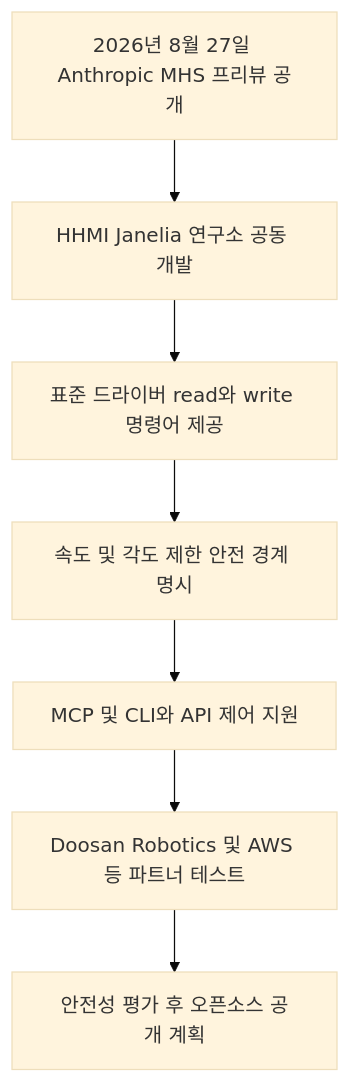
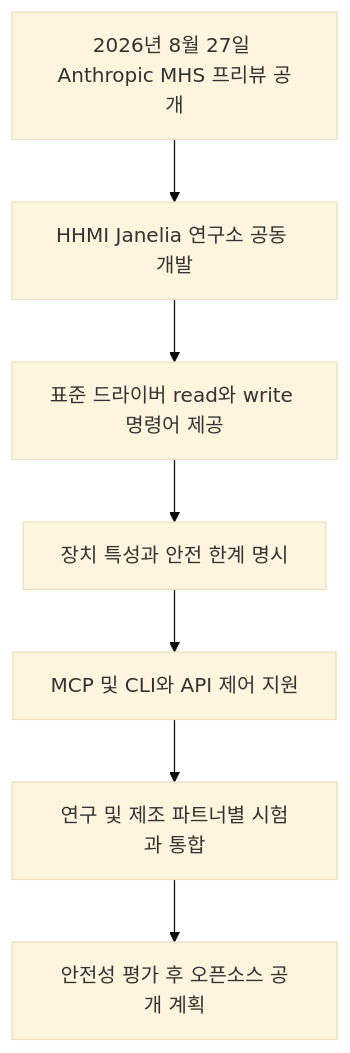
One commit to jjxxmiin/jjxxmiin.github.io changed the diagram in _posts/2026-08-29-anthropic-previews-model-hardware-standard-for-physical-ai-and-robotics-integration.md. Above: the diagram before and after it, drawn with Mermaid (base theme). The commit also changed other lines of this file and 2 other files, not shown here.

````diff
--- a/_posts/2026-08-29-anthropic-previews-model-hardware-standard-for-physical-ai-and-robotics-integration.md
+++ b/_posts/2026-08-29-anthropic-previews-model-hardware-standard-for-physical-ai-and-robotics-integration.md
@@ -59,9 +59,9 @@
 ```mermaid
 flowchart TD
     A[2026년 8월 27일 Anthropic MHS 프리뷰 공개] --> B[HHMI Janelia 연구소 공동 개발]
     B --> C[표준 드라이버 read와 write 명령어 제공]
-    C --> D[속도 및 각도 제한 안전 경계 명시]
+    C --> D[장치 특성과 안전 한계 명시]
     D --> E[MCP 및 CLI와 API 제어 지원]
-    E --> F[Doosan Robotics 및 AWS 등 파트너 테스트]
+    E --> F[연구 및 제조 파트너별 시험과 통합]
     F --> G[안전성 평가 후 오픈소스 공개 계획]
 ```
````
